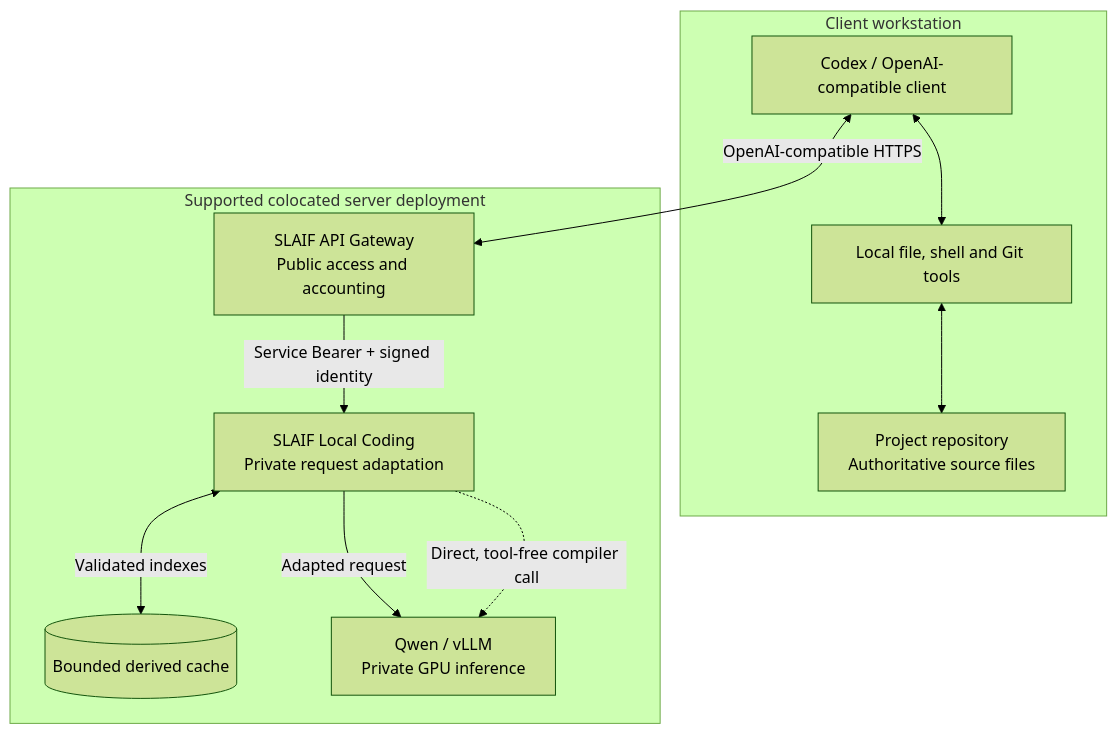
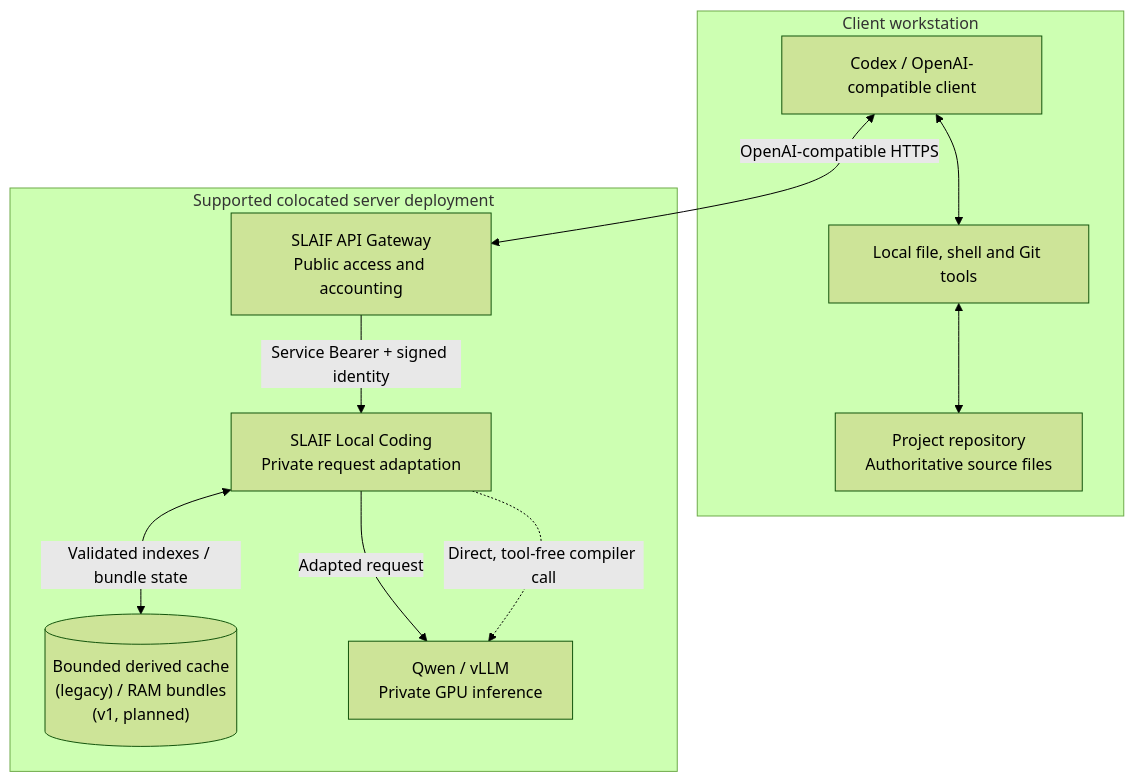
One commit to ulfe-lmi/slaif-local-coding changed the first of 4 diagrams in ARCHITECTURE.md. Above: the diagram before and after it, drawn with Mermaid (forest theme). The commit also changed other lines of this file and 11 other files, not shown here.

````diff
--- a/ARCHITECTURE.md
+++ b/ARCHITECTURE.md
@@ -22,21 +36,21 @@
 ```mermaid
 flowchart TD
     subgraph workstation["Client workstation"]
         client["Codex / OpenAI-compatible client"]
         tools["Local file, shell and Git tools"]
         repo["Project repository<br/>Authoritative source files"]
         client <--> tools
         tools <--> repo
     end
     subgraph server["Supported colocated server deployment"]
         gateway["SLAIF API Gateway<br/>Public access and accounting"]
         adapter["SLAIF Local Coding<br/>Private request adaptation"]
-        cache[("Bounded derived cache")]
+        cache[("Bounded derived cache<br/>(legacy) / RAM bundles<br/>(v1, planned)")]
         model["Qwen / vLLM<br/>Private GPU inference"]
         gateway -->|"Service Bearer + signed identity"| adapter
         adapter -->|"Adapted request"| model
-        adapter <-->|"Validated indexes"| cache
+        adapter <-->|"Validated indexes / bundle state"| cache
         adapter -.->|"Direct, tool-free compiler call"| model
     end
     client <-->|"OpenAI-compatible HTTPS"| gateway
 ```
````
